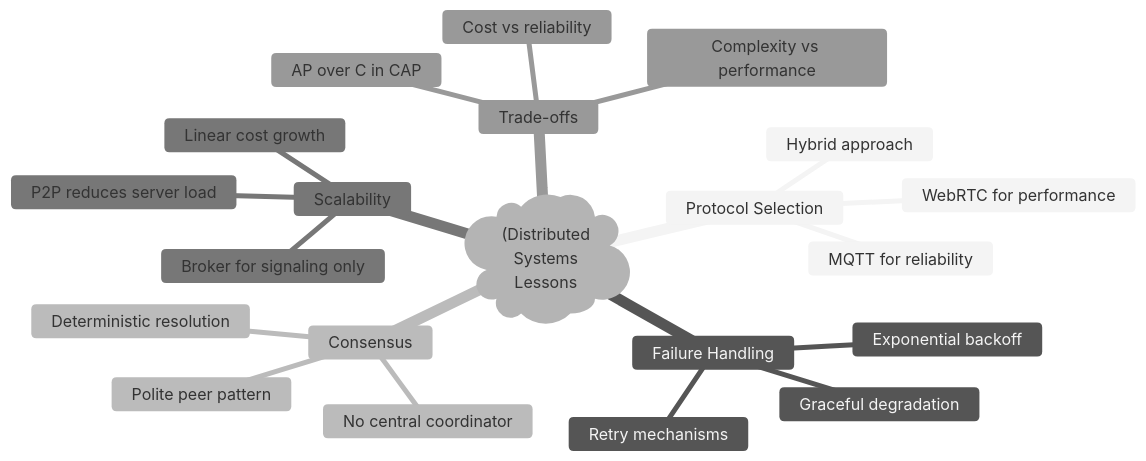
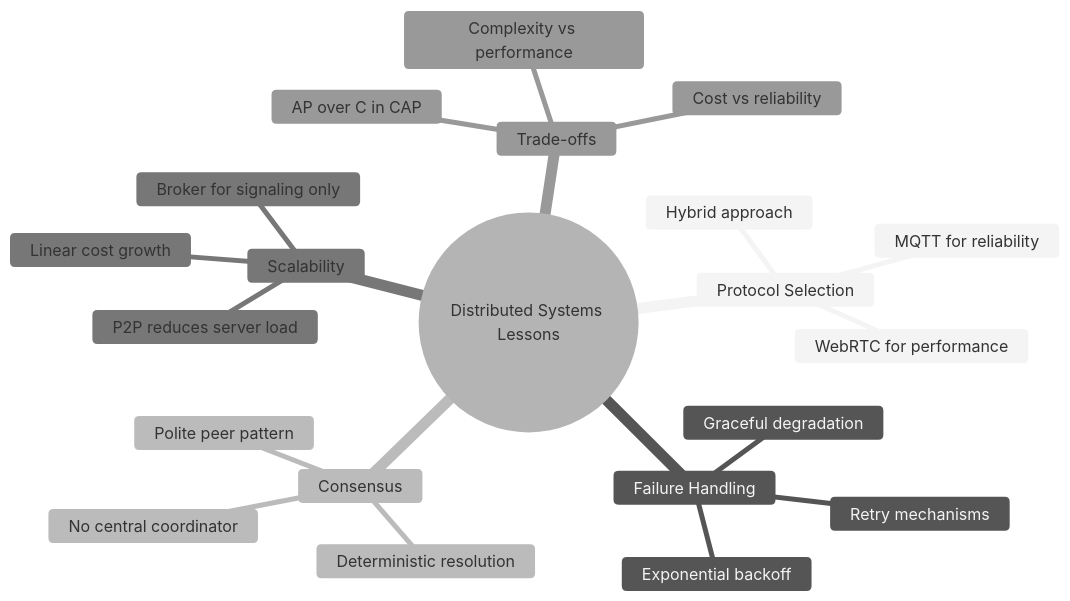
Diagram 18 of 18 in reference_docs/DISTRIBUTED_SYSTEMS_OVERVIEW.md (amr-kasem/distributed-systems-react-chat-peer), drawn with Mermaid (neutral theme) before and after one commit. The commit also changed 1 other file, not shown here.

Commit message:
solved issues with diagrams

````diff
--- a/reference_docs/DISTRIBUTED_SYSTEMS_OVERVIEW.md
+++ b/reference_docs/DISTRIBUTED_SYSTEMS_OVERVIEW.md
@@ -700,24 +700,24 @@
 ```mermaid
 mindmap
-  root("(Distributed<br/>Systems<br/>Lessons"))
+  root((Distributed Systems Lessons))
     Protocol Selection
       MQTT for reliability
       WebRTC for performance
       Hybrid approach
     Failure Handling
       Retry mechanisms
       Exponential backoff
       Graceful degradation
     Consensus
       Polite peer pattern
       Deterministic resolution
       No central coordinator
     Scalability
       P2P reduces server load
       Broker for signaling only
       Linear cost growth
     Trade-offs
       AP over C in CAP
       Complexity vs performance
       Cost vs reliability
 ```
````
